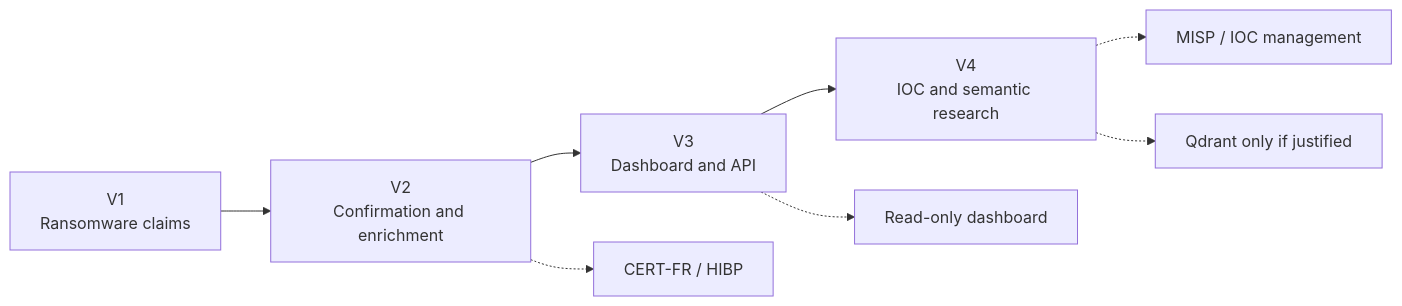
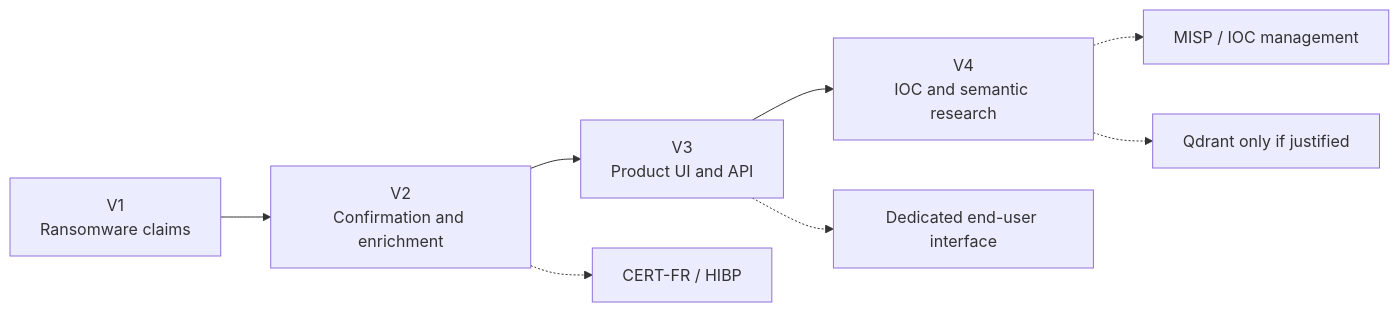
The sixth of 6 diagrams in docs/architecture/architecture.md (DimLeon009/threat-claim-monitor), drawn with Mermaid before and after one commit. The commit also changed other lines of this file and 10 other files, not shown here.

Commit message:
docs: complete v1 architecture and threat review (#15)

````diff
--- a/docs/architecture/architecture.md
+++ b/docs/architecture/architecture.md
@@ -358,11 +393,11 @@
 ```mermaid
 flowchart LR
     V1["V1<br/>Ransomware claims"] --> V2["V2<br/>Confirmation and enrichment"]
-    V2 --> V3["V3<br/>Dashboard and API"]
+    V2 --> V3["V3<br/>Product UI and API"]
     V3 --> V4["V4<br/>IOC and semantic research"]
 
     V2 -.-> CERT["CERT-FR / HIBP"]
-    V3 -.-> UI["Read-only dashboard"]
+    V3 -.-> UI["Dedicated end-user interface"]
     V4 -.-> MISP["MISP / IOC management"]
     V4 -.-> RAG["Qdrant only if justified"]
 ```
````
